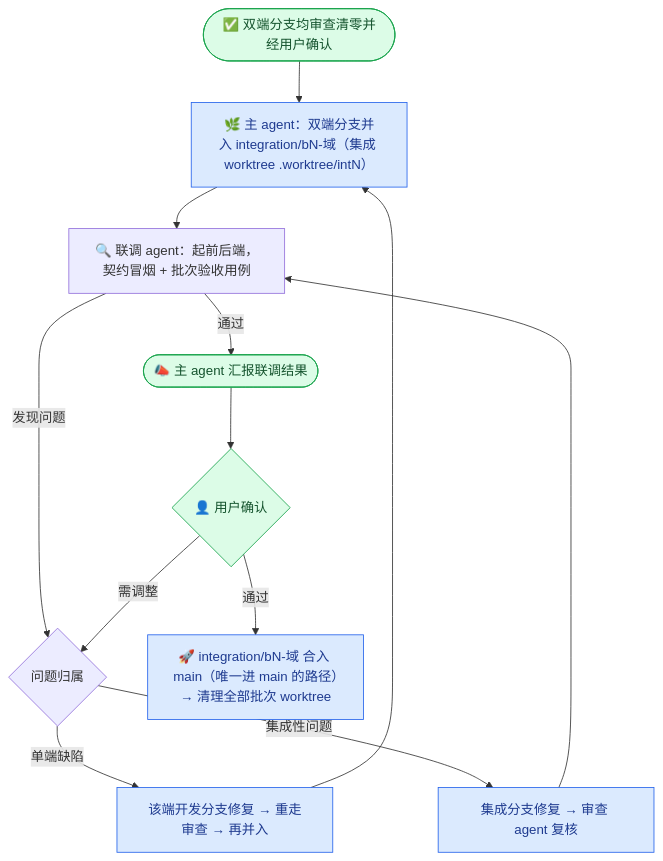
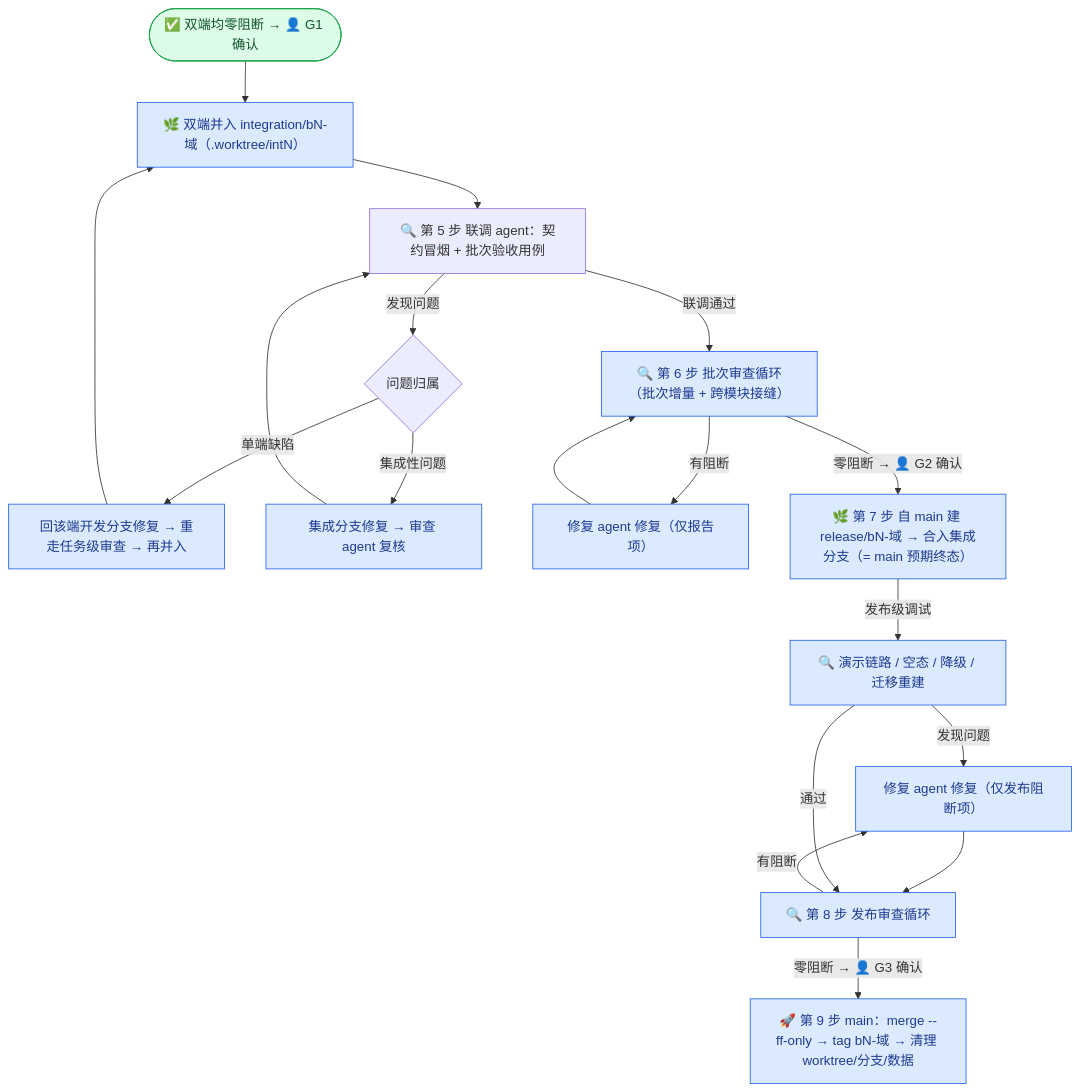
Before and after one commit to oroiteS/Campus-Second-hand-Trading-Platform: the second of 4 diagrams in docs/plan/00-项目规范.md, drawn with Mermaid. The commit also changed other lines of this file and 1 other file, not shown here.

Commit message:
docs: 项目规范 v0.7——批次收尾由 5 步扩为 9 步(联调后加批次审查循环 G2、一次性 release/bN-域 候选分支+发布级调试、发布审查循环 G3、main 仅 --ff-only+tag 合入;新增发布闸门章节/批次与发布两份审查清单/闸门 DoD/三级凭据 T-B-R 互不替代;候选复用集成 worktree 与 int<N>- 前缀,数据合入后一次清理)+看板 v1.4(依据升 v0.7,新闸门自 b3 生效,b0-b2 不回补,R 级凭据遗留登记)

````diff
--- a/docs/plan/00-项目规范.md
+++ b/docs/plan/00-项目规范.md
@@ -231,22 +297,28 @@
 ```mermaid
 flowchart TD
-    accTitle: 批次集成与联调流程
-    accDescr: 双端分支均审查清零并经用户确认后，主 agent 将它们并入集成分支，联调 agent 在集成 worktree 起前后端联调；单端问题回开发分支修复重审再并入，集成性问题在集成分支修复并复核；联调通过经用户确认后，集成分支才合入 main。
+    accTitle: 批次全流程（第 5-9 步五道闸门）
+    accDescr: 双端各自审查清零并经 G1 确认后并入集成分支；联调发现单端缺陷回开发分支修复重审，集成性问题在集成分支修复并复核；联调通过后进入批次审查循环，零阻断并经 G2 确认后自 main 建 release 候选分支并合入集成分支，在候选分支上做发布级调试与发布审查循环，零阻断并经 G3 确认后以 ff-only 合入 main、打 tag 并清理。
 
-    ready(["✅ 双端分支均审查清零并经用户确认"]) --> im["🌿 主 agent：双端分支并入 integration/bN-域（集成 worktree .worktree/intN）"]
-    im --> smoke["🔍 联调 agent：起前后端，契约冒烟 + 批次验收用例"]
+    ready(["✅ 双端均零阻断 → 👤 G1 确认"]) --> im["🌿 双端并入 integration/bN-域（.worktree/intN）"]
+    im --> smoke["🔍 第 5 步 联调 agent：契约冒烟 + 批次验收用例"]
     smoke -->|"发现问题"| triage{"问题归属"}
-    triage -->|"单端缺陷"| fixdev["该端开发分支修复 → 重走审查 → 再并入"]
+    triage -->|"单端缺陷"| fixdev["回该端开发分支修复 → 重走任务级审查 → 再并入"]
     triage -->|"集成性问题"| fixint["集成分支修复 → 审查 agent 复核"]
     fixdev --> im
     fixint --> smoke
-    smoke -->|"通过"| report2(["📣 主 agent 汇报联调结果"])
-    report2 --> confirm2{"👤 用户确认"}
-    confirm2 -->|"通过"| tomain["🚀 integration/bN-域 合入 main（唯一进 main 的路径）→ 清理全部批次 worktree"]
-    confirm2 -->|"需调整"| triage
+    smoke -->|"联调通过"| bcheck["🔍 第 6 步 批次审查循环（批次增量 + 跨模块接缝）"]
+    bcheck -->|"有阻断"| bfix["修复 agent 修复（仅报告项）"]
+    bfix --> bcheck
+    bcheck -->|"零阻断 → 👤 G2 确认"| rel["🌿 第 7 步 自 main 建 release/bN-域 → 合入集成分支（= main 预期终态）"]
+    rel -->|"发布级调试"| rtest["🔍 演示链路 / 空态 / 降级 / 迁移重建"]
+    rtest -->|"发现问题"| rfix["修复 agent 修复（仅发布阻断项）"]
+    rfix --> rcheck
+    rtest -->|"通过"| rcheck["🔍 第 8 步 发布审查循环"]
+    rcheck -->|"有阻断"| rfix
+    rcheck -->|"零阻断 → 👤 G3 确认"| tomain["🚀 第 9 步 main：merge --ff-only → tag bN-域 → 清理 worktree/分支/数据"]
 
     classDef agent fill:#dbeafe,stroke:#2563eb,color:#1e3a8f
     classDef user fill:#dcfce7,stroke:#16a34a,color:#14532d
-    class im,fixdev,fixint,tomain agent
-    class ready,report2,confirm2 user
+    class im,fixdev,fixint,bfix,rel,rtest,rfix,rcheck,bcheck,tomain agent
+    class ready user
 ```
````
